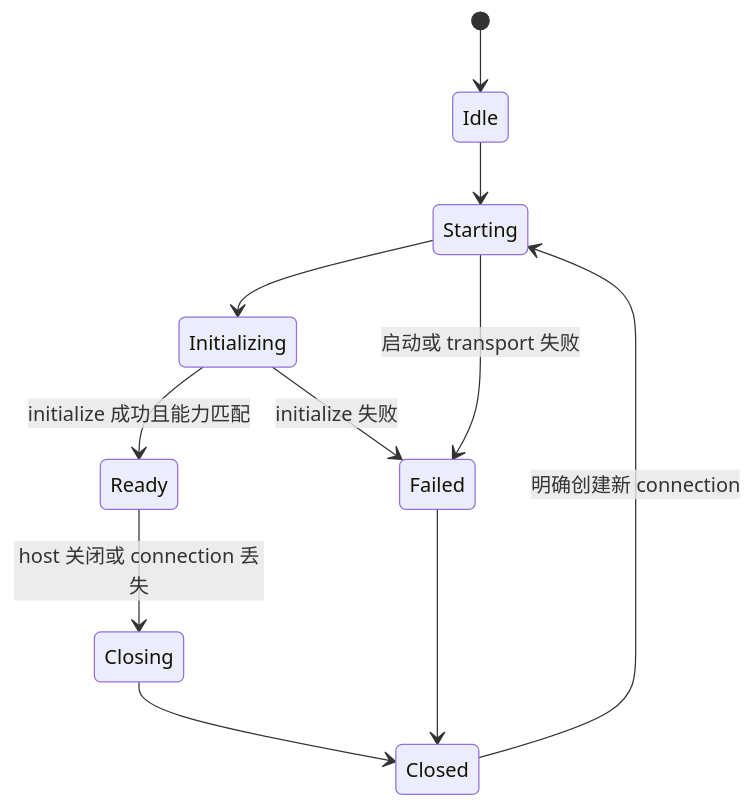
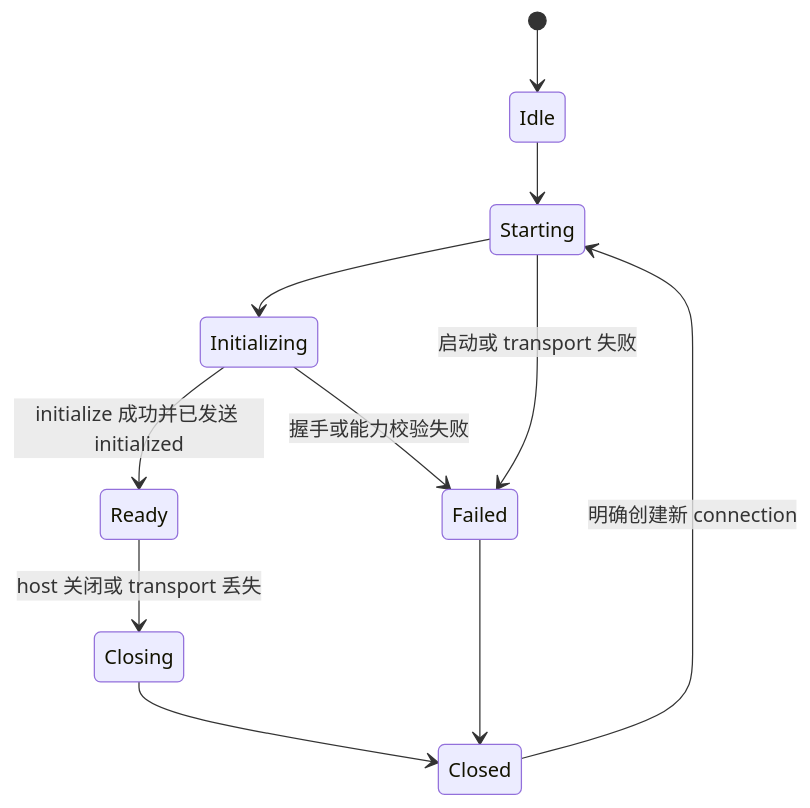
The second of 2 diagrams in .agents/skills/app-server-api-integration/references/connection-architecture.md (chogng/zeta), drawn with Mermaid before and after one commit. The commit also changed other lines of this file and 5 other files, not shown here.

````diff
--- a/.agents/skills/app-server-api-integration/references/connection-architecture.md
+++ b/.agents/skills/app-server-api-integration/references/connection-architecture.md
@@ -126,13 +169,13 @@
 ```mermaid
 stateDiagram-v2
     [*] --> Idle
     Idle --> Starting
     Starting --> Initializing
-    Initializing --> Ready: initialize 成功且能力匹配
+    Initializing --> Ready: initialize 成功并已发送 initialized
     Starting --> Failed: 启动或 transport 失败
-    Initializing --> Failed: initialize 失败
-    Ready --> Closing: host 关闭或 connection 丢失
+    Initializing --> Failed: 握手或能力校验失败
+    Ready --> Closing: host 关闭或 transport 丢失
     Closing --> Closed
     Failed --> Closed
     Closed --> Starting: 明确创建新 connection
 ```
````
